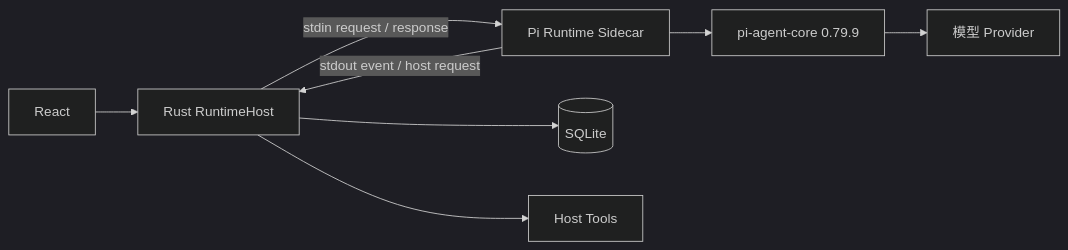
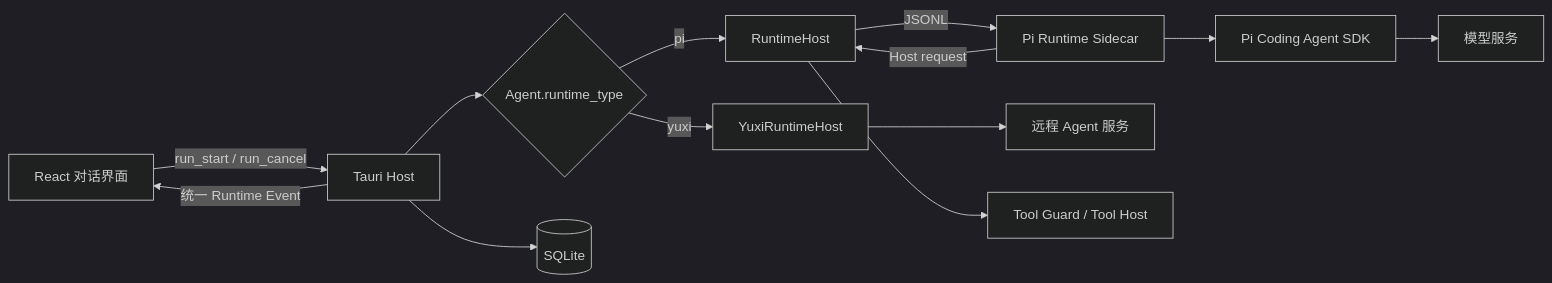
The first of 2 diagrams in docs/02-架构/Agent运行时架构.md (Hry1729/Fox-Agent), drawn with Mermaid (dark theme) before and after one commit. The commit also changed other lines of this file and 1702 other files, not shown here.

````diff
--- a/docs/02-架构/Agent运行时架构.md
+++ b/docs/02-架构/Agent运行时架构.md
@@ -14,10 +24,15 @@
 ```mermaid
 flowchart LR
-    UI["React"] --> HOST["Rust RuntimeHost"]
-    HOST -->|"stdin request / response"| SIDE["Pi Runtime Sidecar"]
-    SIDE -->|"stdout event / host request"| HOST
-    SIDE --> PI["pi-agent-core 0.79.9"]
-    PI --> PROVIDER["模型 Provider"]
+    UI["React 对话界面"] -->|"run_start / run_cancel"| HOST["Tauri Host"]
+    HOST --> ROUTER{"Agent.runtime_type"}
+    ROUTER -->|"pi"| LOCAL["RuntimeHost"]
+    LOCAL -->|"JSONL"| SIDE["Pi Runtime Sidecar"]
+    SIDE --> SDK["Pi Coding Agent SDK"]
+    SDK --> MODEL["模型服务"]
+    ROUTER -->|"yuxi"| REMOTE["YuxiRuntimeHost"]
+    REMOTE --> SERVICE["远程 Agent 服务"]
+    SIDE -->|"Host request"| LOCAL
+    LOCAL --> GUARD["Tool Guard / Tool Host"]
     HOST --> DB[("SQLite")]
-    HOST --> LOCAL["Host Tools"]
+    HOST -->|"统一 Runtime Event"| UI
 ```
````
